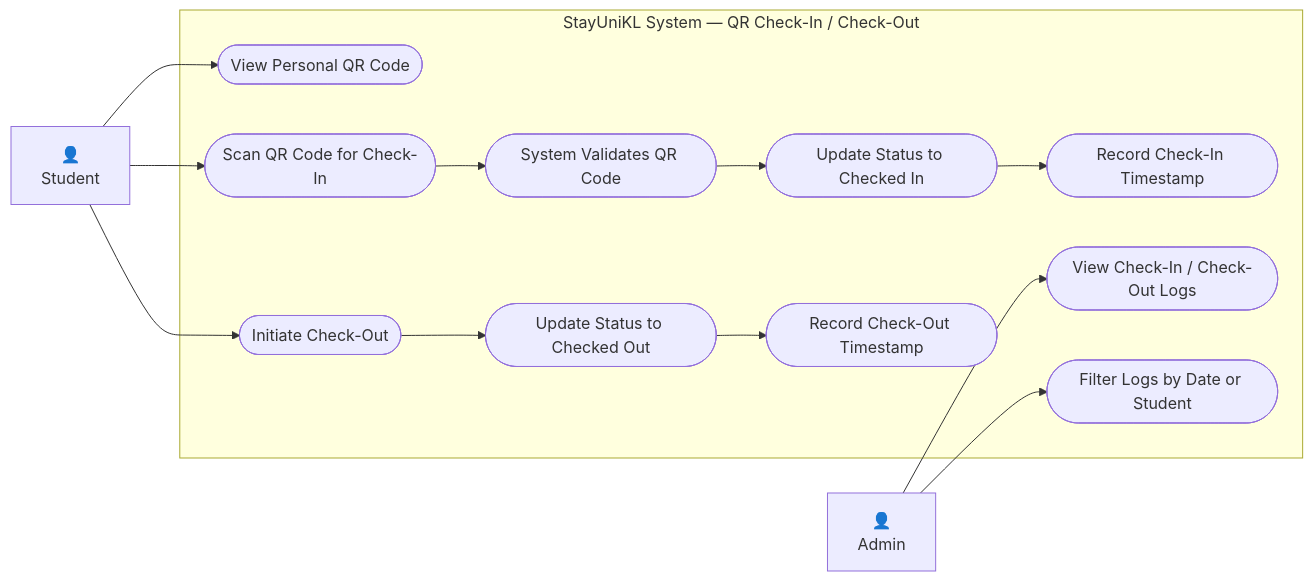
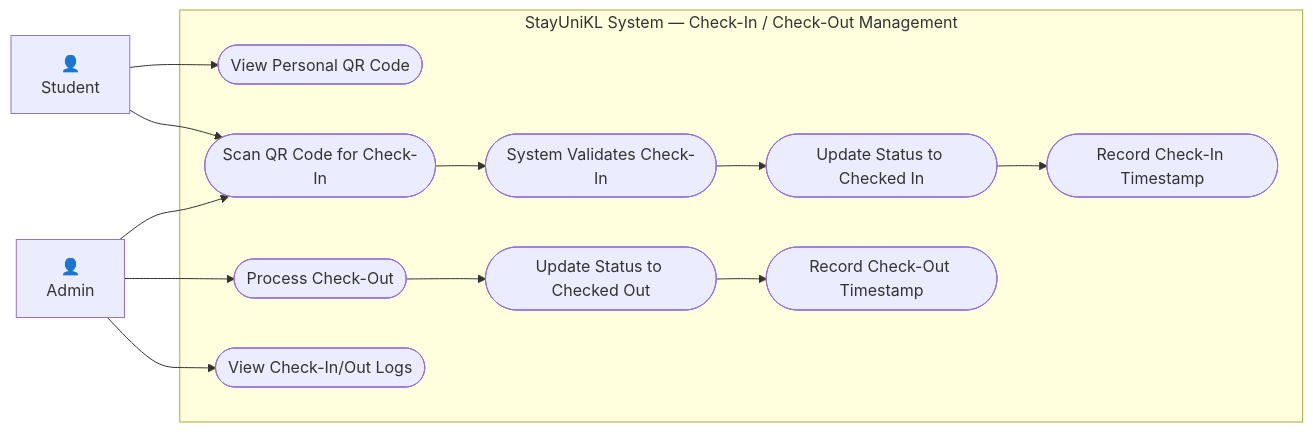
The third of 8 diagrams in docs/use_case_diagrams.md (danieleiqwan/StayUniKL-FYP), drawn with Mermaid before and after one commit. The commit also changed other lines of this file and 5 other files, not shown here.

Commit message:
feat: implement student secure QR check-out system

````diff
--- a/docs/use_case_diagrams.md
+++ b/docs/use_case_diagrams.md
@@ -91,30 +91,30 @@
 ```mermaid
 flowchart LR
     A1["👤\nStudent"]
     A2["👤\nAdmin"]
 
-    subgraph SYS["StayUniKL System — QR Check-In / Check-Out"]
+    subgraph SYS["StayUniKL System — Check-In / Check-Out Management"]
         UC1(["View Personal QR Code"])
         UC2(["Scan QR Code for Check-In"])
-        UC3(["System Validates QR Code"])
+        UC3(["System Validates Check-In"])
         UC4(["Update Status to Checked In"])
-        UC5(["Initiate Check-Out"])
-        UC6(["Update Status to Checked Out"])
-        UC7(["Record Check-In Timestamp"])
+        UC5(["Record Check-In Timestamp"])
+        UC6(["Process Check-Out"])
+        UC7(["Update Status to Checked Out"])
         UC8(["Record Check-Out Timestamp"])
-        UC9(["View Check-In / Check-Out Logs"])
-        UC10(["Filter Logs by Date or Student"])
+        UC9(["View Check-In/Out Logs"])
     end
 
     A1 --> UC1
     A1 --> UC2
+    A2 --> UC2
     UC2 --> UC3
     UC3 --> UC4
-    UC4 --> UC7
-    A1 --> UC5
-    UC5 --> UC6
-    UC6 --> UC8
+    UC4 --> UC5
+
+    A2 --> UC6
+    UC6 --> UC7
+    UC7 --> UC8
 
     A2 --> UC9
-    A2 --> UC10
 ```
````
